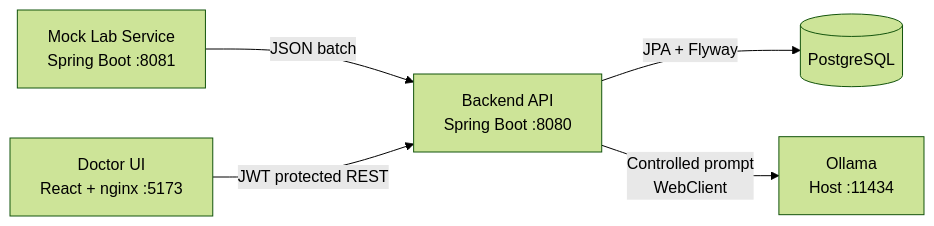
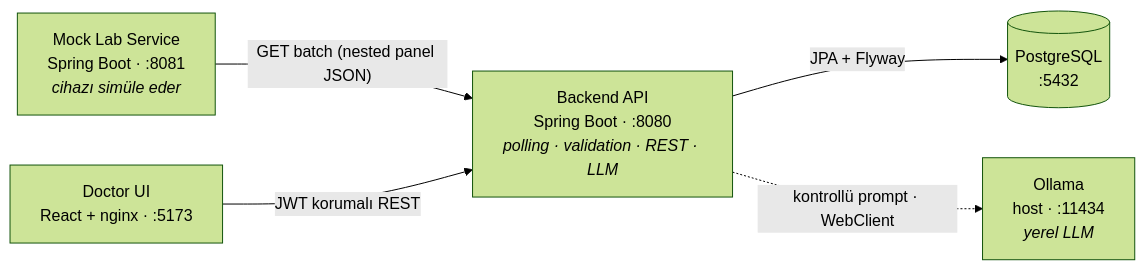
One commit to dselimozcelik/lab-results-smart-assistant changed the diagram in README.md. Above: the diagram before and after it, drawn with Mermaid (forest theme). The commit also changed other lines of this file and 4 other files, not shown here.

````diff
--- a/README.md
+++ b/README.md
@@ -75,7 +71,13 @@
 ```mermaid
 flowchart LR
-    D["Mock Lab Service<br/>Spring Boot :8081"] -->|"JSON batch"| B["Backend API<br/>Spring Boot :8080"]
-    B -->|"JPA + Flyway"| P[("PostgreSQL")]
-    B -->|"Controlled prompt<br/>WebClient"| O["Ollama<br/>Host :11434"]
-    F["Doctor UI<br/>React + nginx :5173"] -->|"JWT protected REST"| B
+    D["Mock Lab Service<br/>Spring Boot · :8081<br/><i>cihazı simüle eder</i>"]
+    B["Backend API<br/>Spring Boot · :8080<br/><i>polling · validation · REST · LLM</i>"]
+    P[("PostgreSQL<br/>:5432")]
+    O["Ollama<br/>host · :11434<br/><i>yerel LLM</i>"]
+    F["Doctor UI<br/>React + nginx · :5173"]
+
+    D -->|"GET batch (nested panel JSON)"| B
+    B -->|"JPA + Flyway"| P
+    B -.->|"kontrollü prompt · WebClient"| O
+    F -->|"JWT korumalı REST"| B
 ```
````
